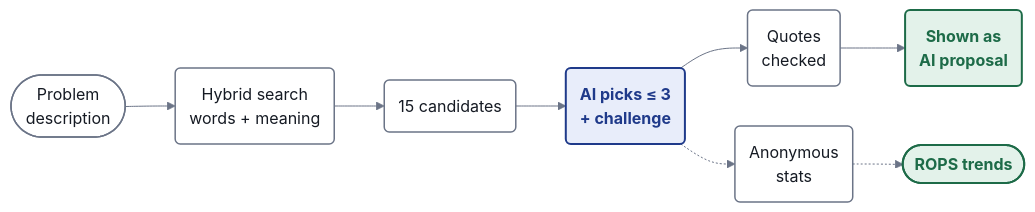
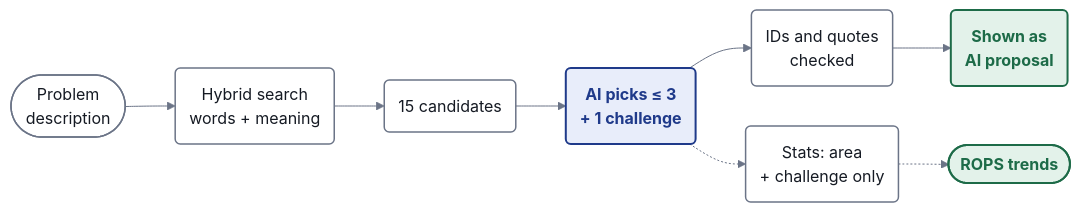
The diagram in pitch/diagramy/ai-2-matchmaking.mmd (DEFALT314/feniks), drawn with Mermaid before and after one commit. The commit also changed 9 other files, not shown here.

Commit message:
AI diagrams: overview shows the shared core, no provider name, honest labels

```diff
--- a/pitch/diagramy/ai-2-matchmaking.mmd
+++ b/pitch/diagramy/ai-2-matchmaking.mmd
@@ -1,12 +1,12 @@
 %%{init: {"theme":"base","themeVariables":{"background":"#FFFFFF","primaryColor":"#FFFFFF","primaryBorderColor":"#1F3A8A","primaryTextColor":"#151A23","lineColor":"#6B7487","fontFamily":"Inter, Arial, Liberation Sans, Noto Sans, sans-serif","fontSize":"16px"},"flowchart":{"curve":"basis","nodeSpacing":40,"rankSpacing":50,"padding":14,"wrappingWidth":260}}}%%
 flowchart LR
     D(["Problem<br/>description"]):::data --> S("Hybrid search<br/>words + meaning"):::data
     S --> C("15 candidates"):::data
-    C --> A("AI picks ≤ 3<br/>+ challenge"):::ai
-    A --> Q("Quotes<br/>checked"):::data
+    C --> A("AI picks ≤ 3<br/>+ 1 challenge"):::ai
+    A --> Q("IDs and quotes<br/>checked"):::data
     Q --> H("Shown as<br/>AI proposal"):::human
-    A -.-> T("Anonymous<br/>stats"):::data
+    A -.-> T("Stats: area<br/>+ challenge only"):::data
     T -.-> R(["ROPS trends"]):::human
     classDef ai fill:#E8EDFA,stroke:#1F3A8A,stroke-width:2px,color:#1F3A8A,font-weight:bold
     classDef data fill:#FFFFFF,stroke:#6B7487,stroke-width:1.5px,color:#151A23
     classDef human fill:#E3F2EA,stroke:#1D6B48,stroke-width:2px,color:#1D6B48,font-weight:bold
```
